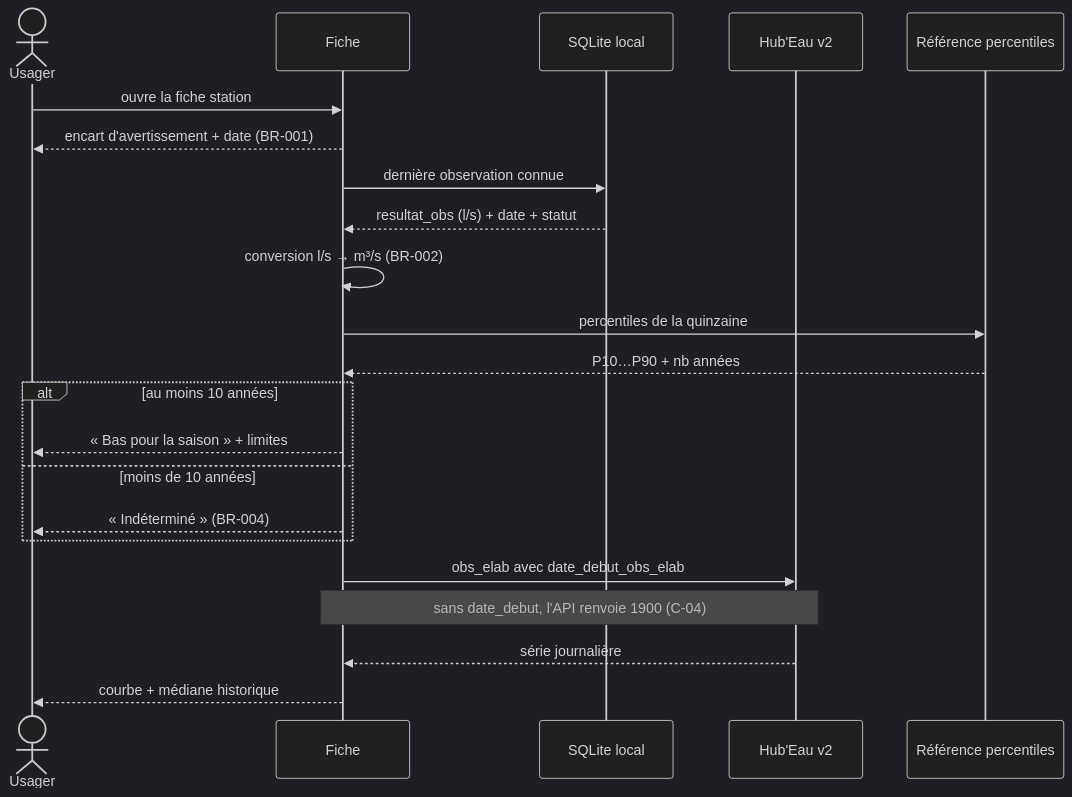
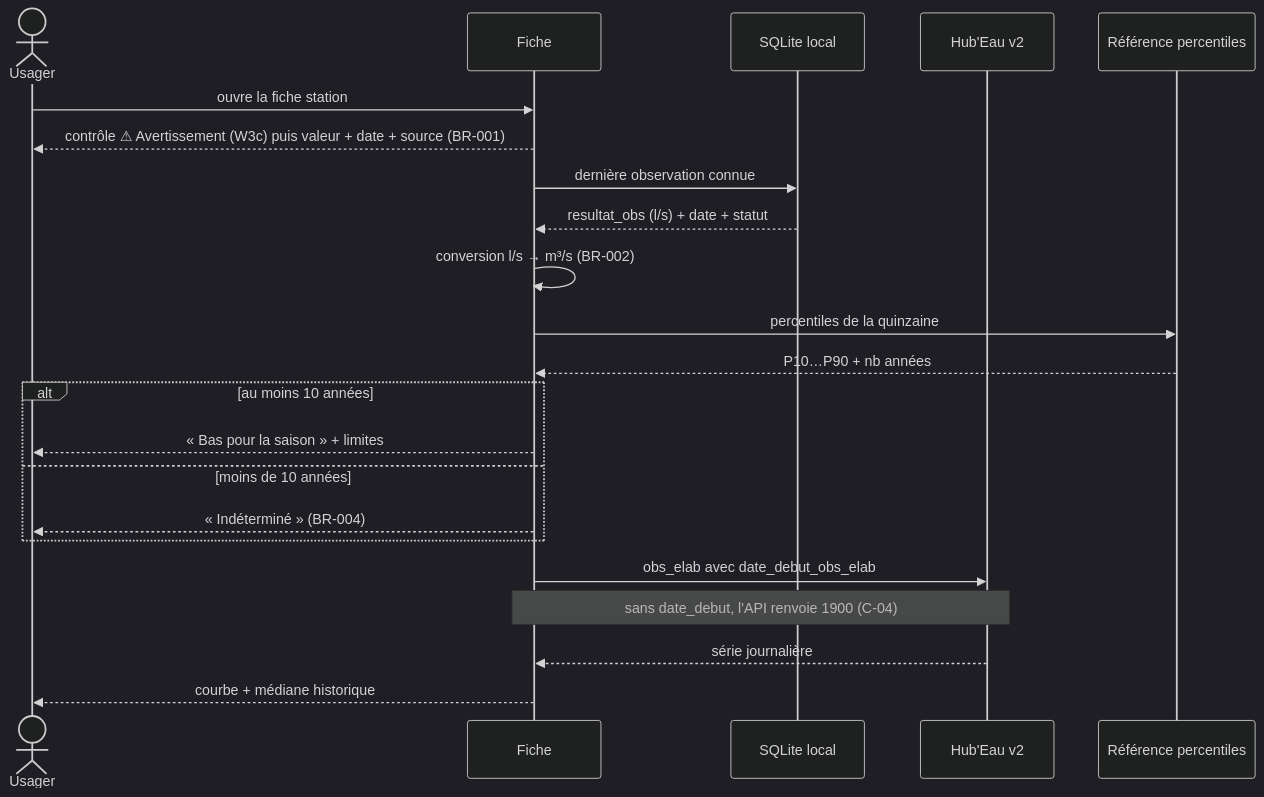
The diagram in docs/use-cases/UC-003-consulter-une-station-hydrometrique.md (HubEauContrib/MartinPecheur), drawn with Mermaid (dark theme) before and after one commit. The commit also changed other lines of this file and 194 other files, not shown here.

First line of the commit message:
T1 : architecture MVVM (ADR-014), données, vues et avertissements (lots 1 à 4) (#12)

````diff
--- a/docs/use-cases/UC-003-consulter-une-station-hydrometrique.md
+++ b/docs/use-cases/UC-003-consulter-une-station-hydrometrique.md
@@ -30,25 +30,25 @@
 ```mermaid
 sequenceDiagram
     actor U as Usager
     participant Fiche
     participant Cache as SQLite local
     participant API as Hub'Eau v2
     participant Asset as Référence percentiles
 
     U->>Fiche: ouvre la fiche station
-    Fiche-->>U: encart d'avertissement + date (BR-001)
+    Fiche-->>U: contrôle ⚠ Avertissement (W3c) puis valeur + date + source (BR-001)
     Fiche->>Cache: dernière observation connue
     Cache-->>Fiche: resultat_obs (l/s) + date + statut
     Fiche->>Fiche: conversion l/s → m³/s (BR-002)
     Fiche->>Asset: percentiles de la quinzaine
     Asset-->>Fiche: P10…P90 + nb années
     alt au moins 10 années
         Fiche-->>U: « Bas pour la saison » + limites
     else moins de 10 années
         Fiche-->>U: « Indéterminé » (BR-004)
     end
     Fiche->>API: obs_elab avec date_debut_obs_elab
     Note over Fiche,API: sans date_debut, l'API renvoie 1900 (C-04)
     API-->>Fiche: série journalière
     Fiche-->>U: courbe + médiane historique
 ```
````
